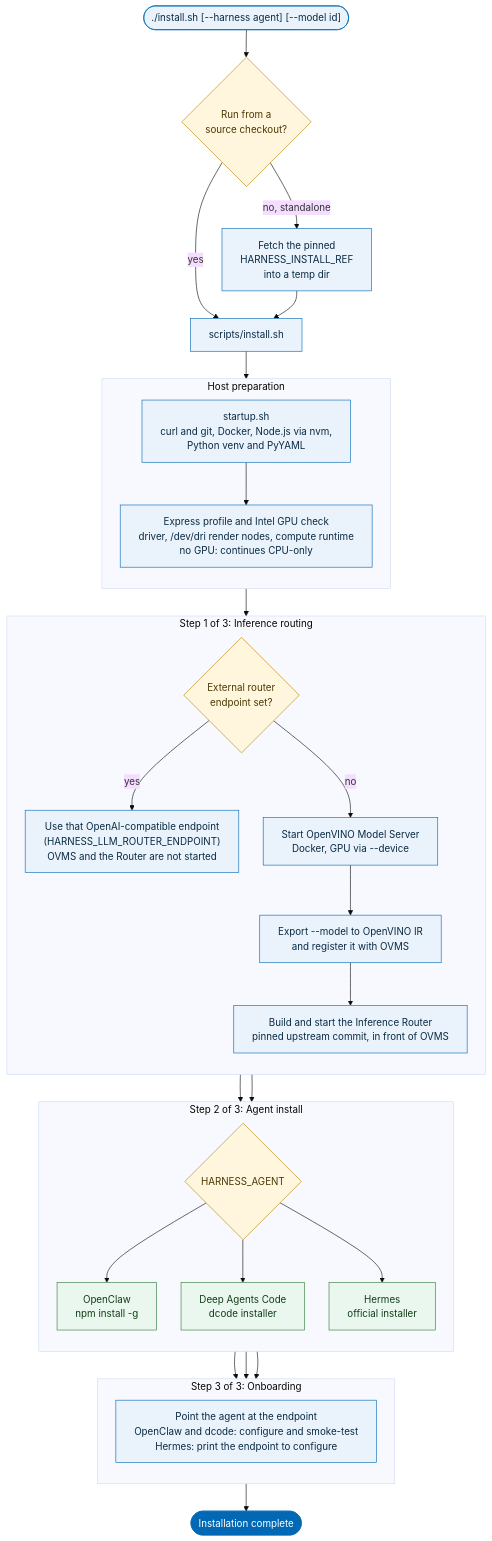
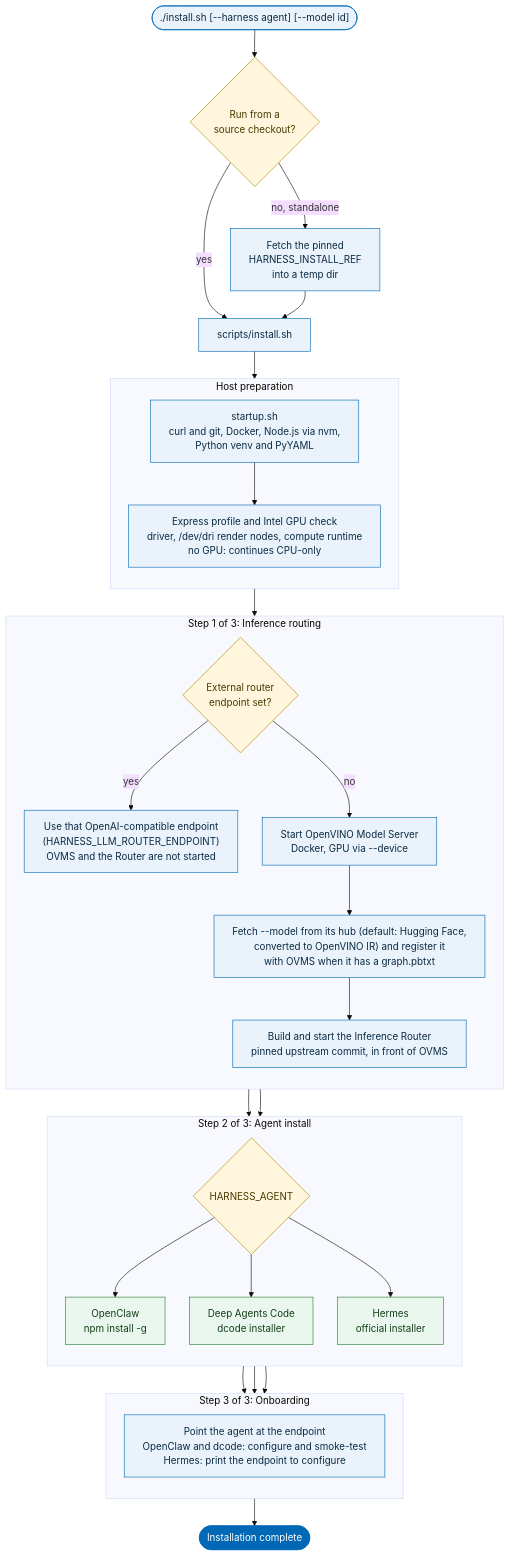
The first of 2 diagrams in frameworks/agent-harness-install/README.md (open-edge-platform/edge-ai-libraries), drawn with Mermaid (base theme) before and after one commit. The commit also changed other lines of this file and 8 other files, not shown here.

````diff
--- a/frameworks/agent-harness-install/README.md
+++ b/frameworks/agent-harness-install/README.md
@@ -35,61 +35,61 @@
 ```mermaid
 %%{init: {"flowchart": {"wrappingWidth": 420, "nodeSpacing": 40, "rankSpacing": 45, "curve": "basis"}}}%%
 flowchart TD
     classDef step fill:#EAF3FB,stroke:#0068B5,color:#0A2A43
     classDef decision fill:#FFF6DD,stroke:#B38600,color:#4A3900
     classDef agent fill:#EAF7EE,stroke:#2E7D32,color:#123D17
     classDef done fill:#0068B5,stroke:#0068B5,color:#FFFFFF
 
     START(["./install.sh [--harness agent] [--model id]"]):::step
     CO{"Run from a<br/>source checkout?"}:::decision
     CLONE["Fetch the pinned<br/>HARNESS_INSTALL_REF<br/>into a temp dir"]:::step
     PAYLOAD["scripts/install.sh"]:::step
 
     START --> CO
     CO -- "yes" --> PAYLOAD
     CO -- "no, standalone" --> CLONE --> PAYLOAD
 
     subgraph PREP["Host preparation"]
         direction TB
         STARTUP["startup.sh<br/>curl and git, Docker, Node.js via nvm,<br/>Python venv and PyYAML"]:::step
         GPU["Express profile and Intel GPU check<br/>driver, /dev/dri render nodes, compute runtime<br/>no GPU: continues CPU-only"]:::step
         STARTUP --> GPU
     end
     PAYLOAD --> STARTUP
 
     subgraph S1["Step 1 of 3: Inference routing"]
         direction TB
         EXT{"External router<br/>endpoint set?"}:::decision
         USEEXT["Use that OpenAI-compatible endpoint<br/>(HARNESS_LLM_ROUTER_ENDPOINT)<br/>OVMS and the Router are not started"]:::step
         OVMS["Start OpenVINO Model Server<br/>Docker, GPU via --device"]:::step
-        EXPORT["Export --model to OpenVINO IR<br/>and register it with OVMS"]:::step
+        EXPORT["Fetch --model from its hub (default: Hugging Face,<br/>converted to OpenVINO IR) and register it<br/>with OVMS when it has a graph.pbtxt"]:::step
         IR["Build and start the Inference Router<br/>pinned upstream commit, in front of OVMS"]:::step
         EXT -- "yes" --> USEEXT
         EXT -- "no" --> OVMS --> EXPORT --> IR
     end
     GPU --> EXT
 
     subgraph S2["Step 2 of 3: Agent install"]
         direction TB
         PICK{"HARNESS_AGENT"}:::decision
         OC["OpenClaw<br/>npm install -g"]:::agent
         DC["Deep Agents Code<br/>dcode installer"]:::agent
         HM["Hermes<br/>official installer"]:::agent
         PICK --> OC
         PICK --> DC
         PICK --> HM
     end
     IR --> PICK
     USEEXT --> PICK
 
     subgraph S3["Step 3 of 3: Onboarding"]
         direction TB
         ONB["Point the agent at the endpoint<br/>OpenClaw and dcode: configure and smoke-test<br/>Hermes: print the endpoint to configure"]:::step
     end
     OC --> ONB
     DC --> ONB
     HM --> ONB
 
     FINISH(["Installation complete"]):::done
     ONB --> FINISH
 ```
````
